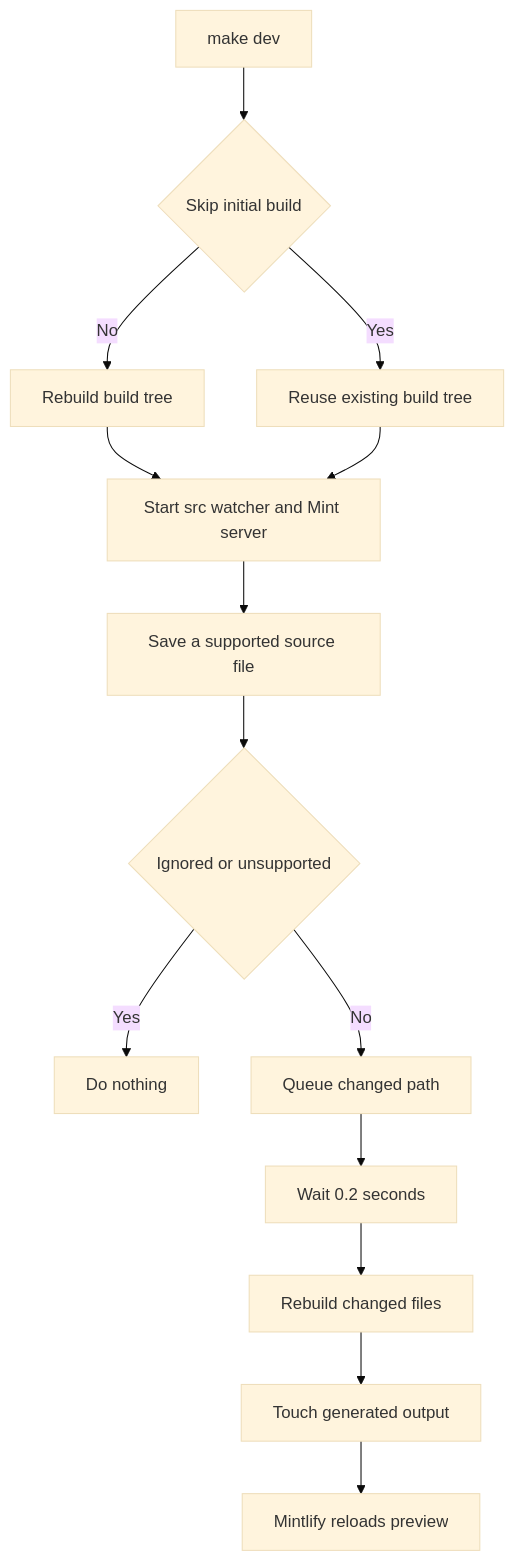
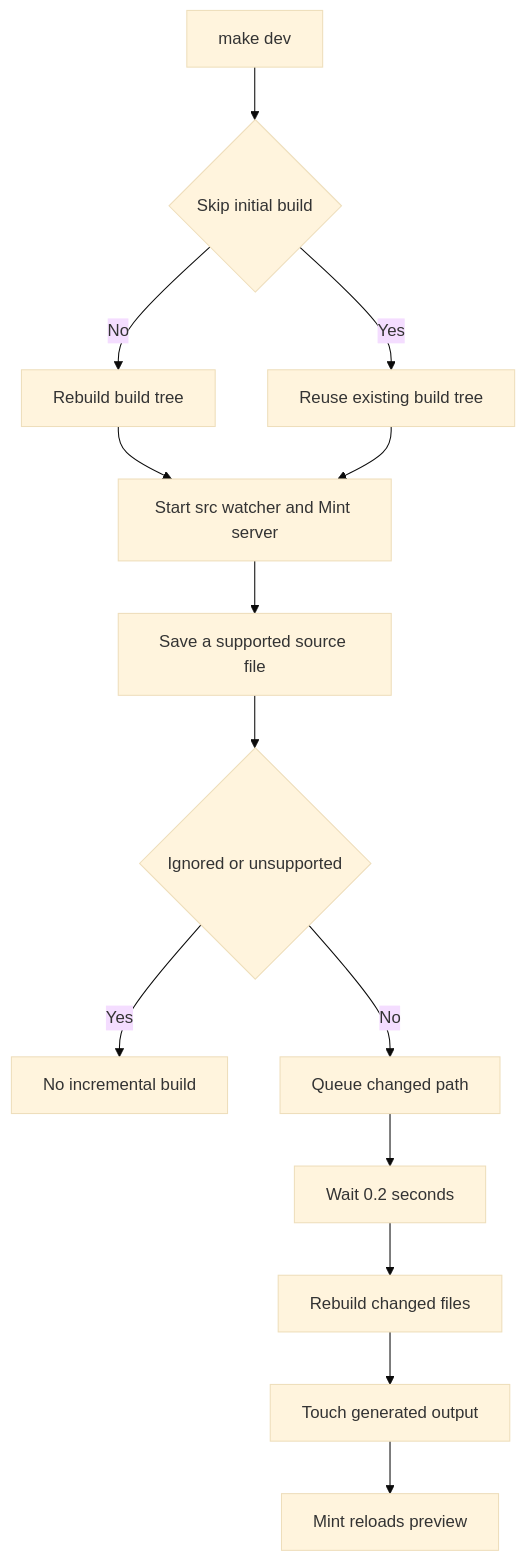
The diagram in openwiki/workflows/local-development.md (langchain-ai/docs), drawn with Mermaid (base theme) before and after one commit. The commit also changed other lines of this file and 45 other files, not shown here.

````diff
--- a/openwiki/workflows/local-development.md
+++ b/openwiki/workflows/local-development.md
@@ -96,16 +104,16 @@
 ```mermaid
 flowchart TD
-  Start["make dev"] --> Decision{"Skip initial build"}
-  Decision -->|"No"| Full["Rebuild build tree"]
-  Decision -->|"Yes"| Existing["Reuse existing build tree"]
+  Start["make dev"] --> Choice{"Skip initial build"}
+  Choice -->|"No"| Full["Rebuild build tree"]
+  Choice -->|"Yes"| Reuse["Reuse existing build tree"]
   Full --> Services["Start src watcher and Mint server"]
-  Existing --> Services
+  Reuse --> Services
   Services --> Save["Save a supported source file"]
   Save --> Filter{"Ignored or unsupported"}
-  Filter -->|"Yes"| Ignore["Do nothing"]
+  Filter -->|"Yes"| Ignore["No incremental build"]
   Filter -->|"No"| Queue["Queue changed path"]
-  Queue --> Debounce["Wait 0.2 seconds"]
-  Debounce --> Incremental["Rebuild changed files"]
+  Queue --> Delay["Wait 0.2 seconds"]
+  Delay --> Incremental["Rebuild changed files"]
   Incremental --> Touch["Touch generated output"]
-  Touch --> Reload["Mintlify reloads preview"]
+  Touch --> Reload["Mint reloads preview"]
 ```
````
